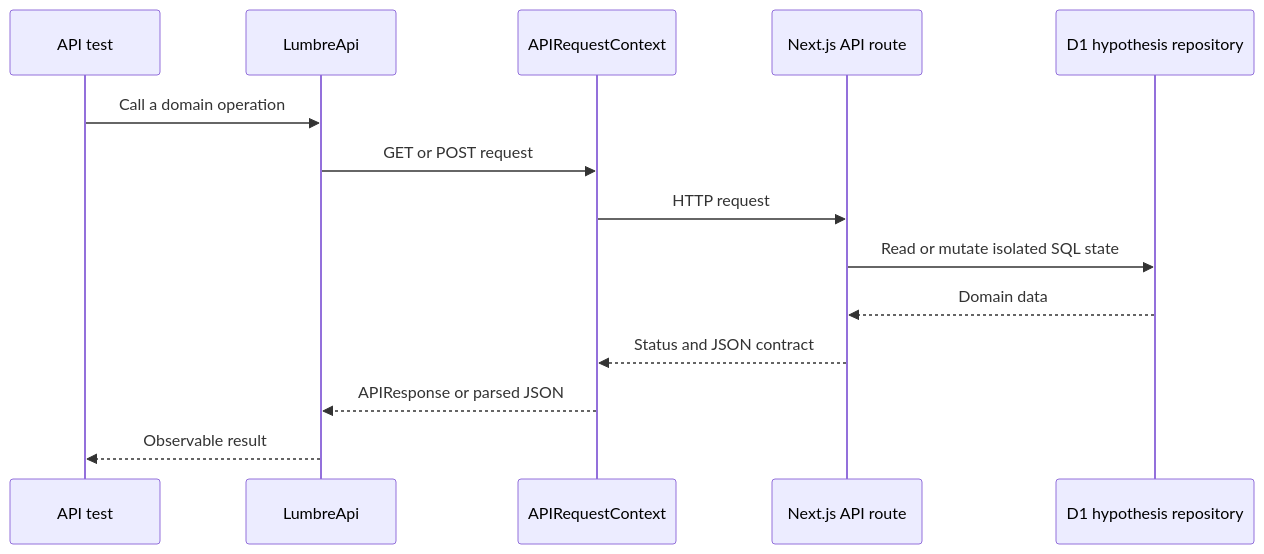
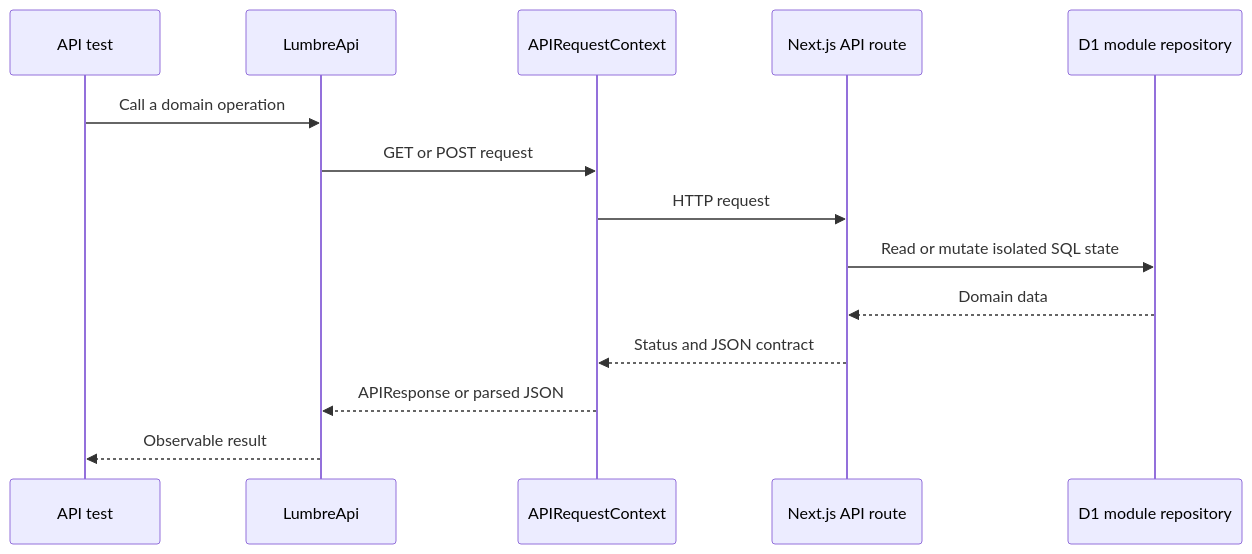
One commit to zvasdfg/lumbre-playwright-python changed the fourth of 6 diagrams in docs/ARCHITECTURE.md. Above: the diagram before and after it, drawn with Mermaid. The commit also changed other lines of this file and 51 other files, not shown here.

````diff
--- a/docs/ARCHITECTURE.md
+++ b/docs/ARCHITECTURE.md
@@ -182,17 +183,17 @@
 ```mermaid
 sequenceDiagram
     participant Test as API test
     participant Client as LumbreApi
     participant Context as APIRequestContext
     participant Route as Next.js API route
-    participant Store as D1 hypothesis repository
+    participant Store as D1 module repository
 
     Test->>Client: Call a domain operation
     Client->>Context: GET or POST request
     Context->>Route: HTTP request
     Route->>Store: Read or mutate isolated SQL state
     Store-->>Route: Domain data
     Route-->>Context: Status and JSON contract
     Context-->>Client: APIResponse or parsed JSON
     Client-->>Test: Observable result
 ```
````
